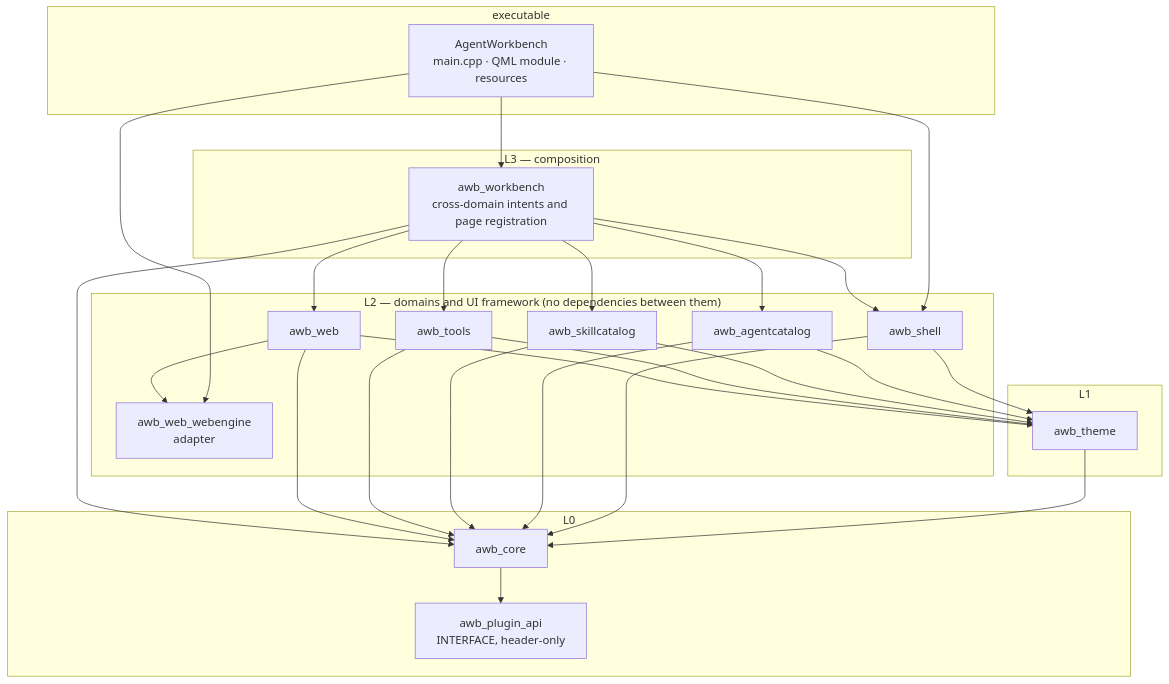
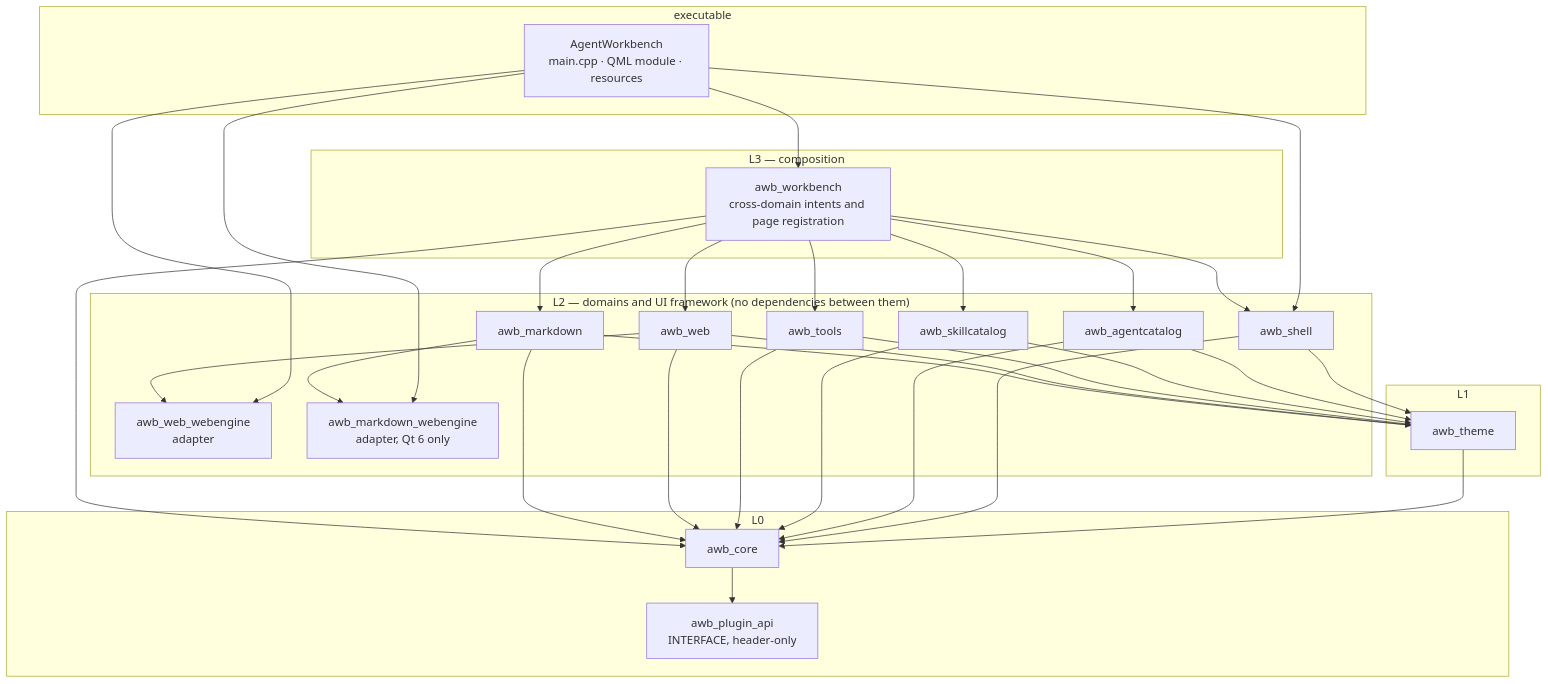
Before and after one commit to czyt1988/AgentWorkbench: the diagram in docs/architecture/layers-and-dependencies.md, drawn with Mermaid. The commit also changed other lines of this file and 36 other files, not shown here.

````diff
--- a/docs/architecture/layers-and-dependencies.md
+++ b/docs/architecture/layers-and-dependencies.md
@@ -9,47 +9,54 @@
 ```mermaid
 flowchart TB
     subgraph L_exe["executable"]
         app["AgentWorkbench<br/>main.cpp · QML module · resources"]
     end
     subgraph L3["L3 — composition"]
         workbench["awb_workbench<br/>cross-domain intents and page registration"]
     end
     subgraph L2["L2 — domains and UI framework (no dependencies between them)"]
         shell["awb_shell"]
         agentcatalog["awb_agentcatalog"]
         skillcatalog["awb_skillcatalog"]
         tools["awb_tools"]
         web["awb_web"]
         webengine["awb_web_webengine<br/>adapter"]
+        markdown["awb_markdown"]
+        mdwebengine["awb_markdown_webengine<br/>adapter, Qt 6 only"]
     end
     subgraph L1["L1"]
         theme["awb_theme"]
     end
     subgraph L0["L0"]
         core["awb_core"]
         pluginapi["awb_plugin_api<br/>INTERFACE, header-only"]
     end
 
     app --> workbench
     app --> shell
     app --> webengine
+    app --> mdwebengine
     workbench --> shell
     workbench --> agentcatalog
     workbench --> skillcatalog
     workbench --> tools
     workbench --> web
+    workbench --> markdown
     web --> webengine
+    markdown --> mdwebengine
     shell --> theme
     agentcatalog --> theme
     skillcatalog --> theme
     tools --> theme
     web --> theme
+    markdown --> theme
     theme --> core
     shell --> core
     agentcatalog --> core
     skillcatalog --> core
     tools --> core
     web --> core
+    markdown --> core
     workbench --> core
     core --> pluginapi
 ```
````
